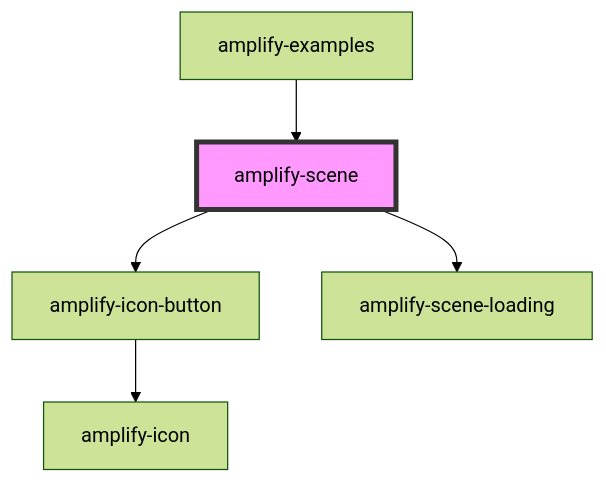
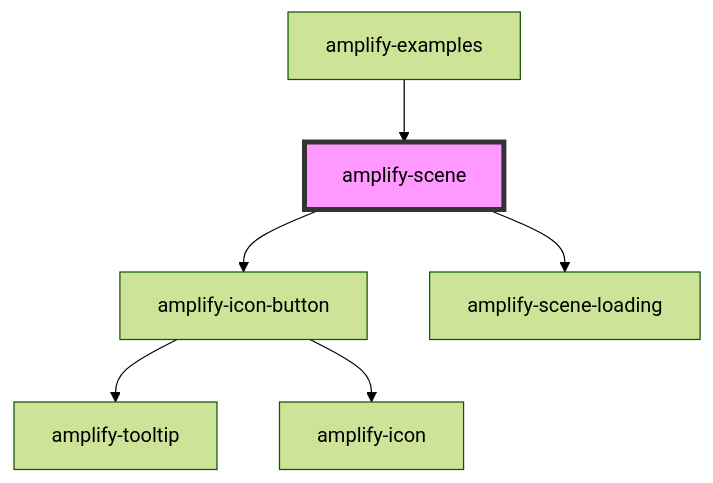
Before and after one commit to aws-amplify/amplify-js: the diagram in packages/amplify-ui-components/src/components/amplify-scene/readme.md, drawn with Mermaid (forest theme). The commit also changed 60 other files, not shown here.

````diff
--- a/packages/amplify-ui-components/src/components/amplify-scene/readme.md
+++ b/packages/amplify-ui-components/src/components/amplify-scene/readme.md
@@ -25,8 +25,9 @@
 ```mermaid
 graph TD;
   amplify-scene --> amplify-icon-button
   amplify-scene --> amplify-scene-loading
+  amplify-icon-button --> amplify-tooltip
   amplify-icon-button --> amplify-icon
   amplify-examples --> amplify-scene
   style amplify-scene fill:#f9f,stroke:#333,stroke-width:4px
 ```
````
